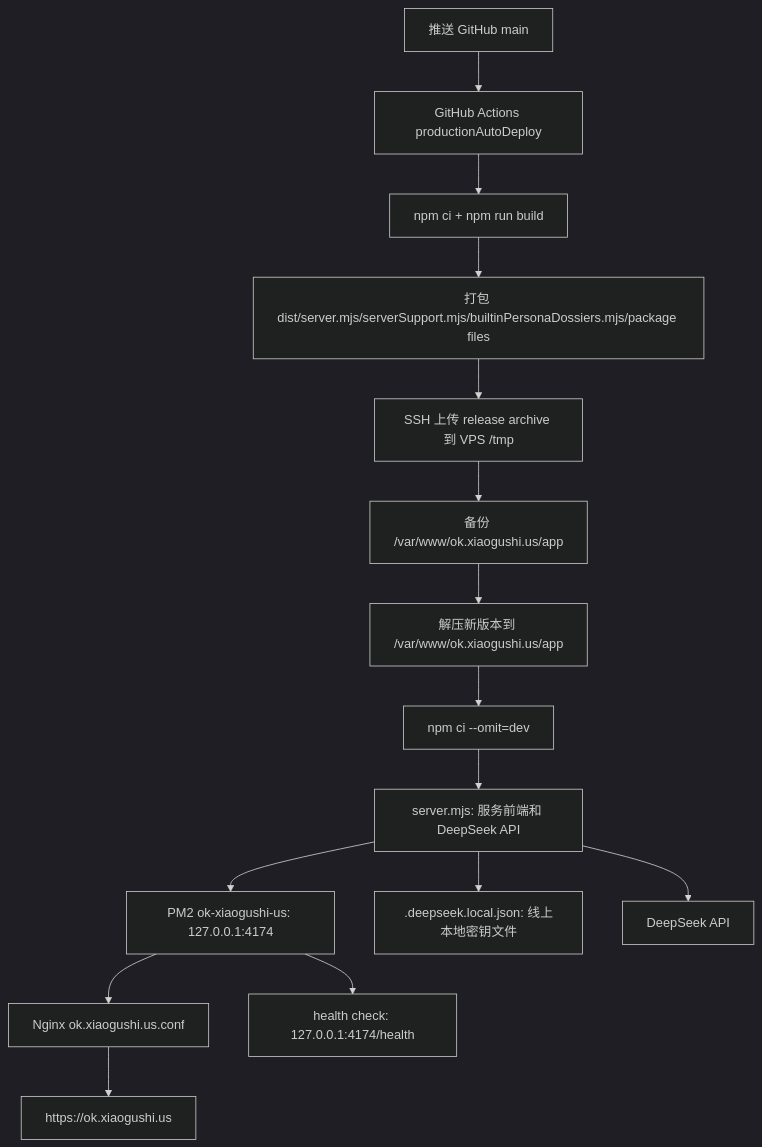
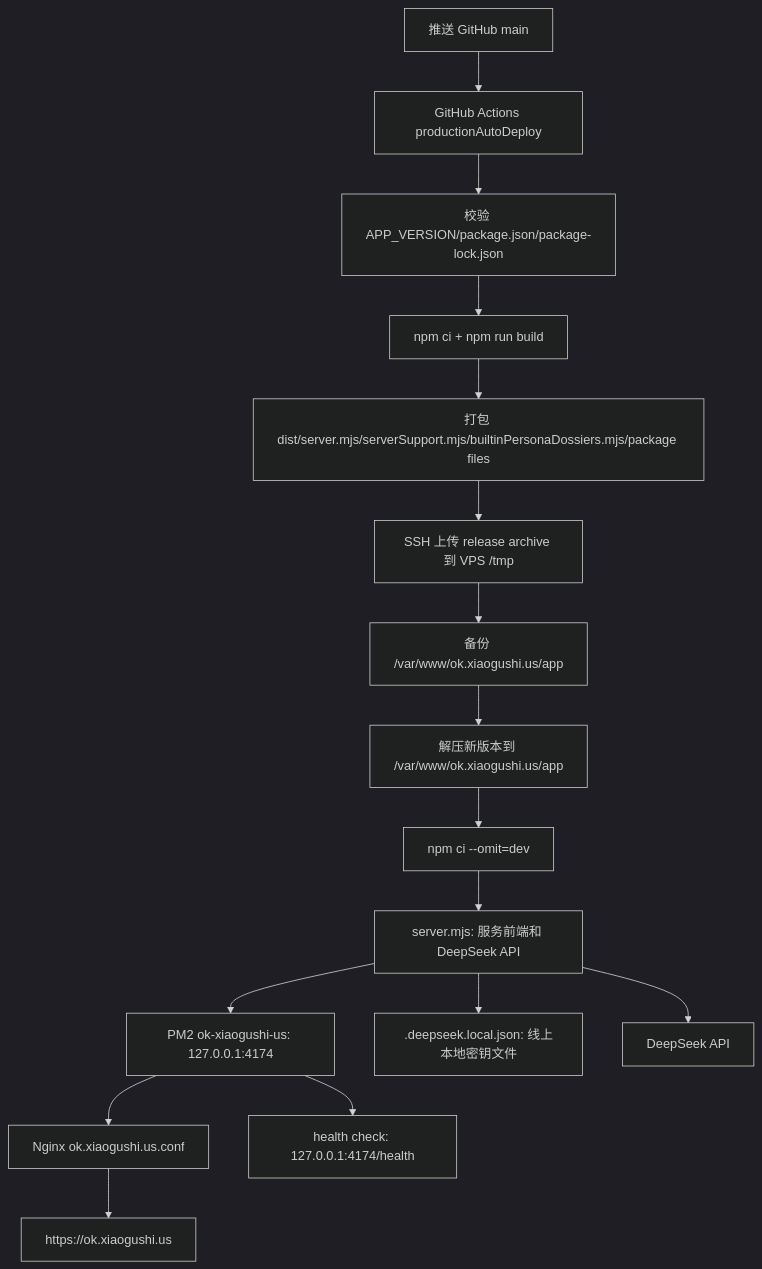
Before and after one commit to ttmanthatman/virtual-human-flow: the third of 30 diagrams in docs/SYSTEM_FLOW.md, drawn with Mermaid (dark theme). The commit also changed other lines of this file and 6 other files, not shown here.

Commit message:
Bump app version to 0.2.0

````diff
--- a/docs/SYSTEM_FLOW.md
+++ b/docs/SYSTEM_FLOW.md
@@ -78,17 +78,18 @@
 ```mermaid
 flowchart TD
     G[推送 GitHub main] --> GA[GitHub Actions productionAutoDeploy]
-    GA --> BUILD[npm ci + npm run build]
+    GA --> VERSION[校验 APP_VERSION/package.json/package-lock.json]
+    VERSION --> BUILD[npm ci + npm run build]
     BUILD --> PKG[打包 dist/server.mjs/serverSupport.mjs/builtinPersonaDossiers.mjs/package files]
     PKG --> UPLOAD[SSH 上传 release archive 到 VPS /tmp]
     UPLOAD --> BACKUP[备份 /var/www/ok.xiaogushi.us/app]
     BACKUP --> EXTRACT[解压新版本到 /var/www/ok.xiaogushi.us/app]
     EXTRACT --> INSTALL[npm ci --omit=dev]
     INSTALL --> SRV[server.mjs: 服务前端和 DeepSeek API]
     SRV --> PM2[PM2 ok-xiaogushi-us: 127.0.0.1:4174]
     PM2 --> NGINX[Nginx ok.xiaogushi.us.conf]
     NGINX --> SITE[https://ok.xiaogushi.us]
     SRV --> KEY[.deepseek.local.json: 线上本地密钥文件]
     SRV --> DS[DeepSeek API]
     PM2 --> HEALTH[health check: 127.0.0.1:4174/health]
 ```
````
